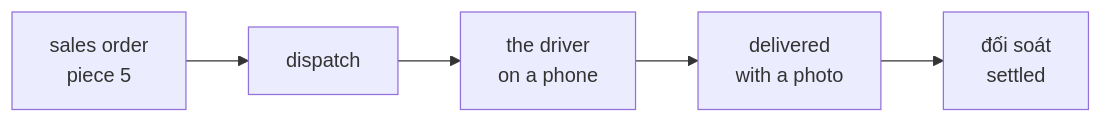
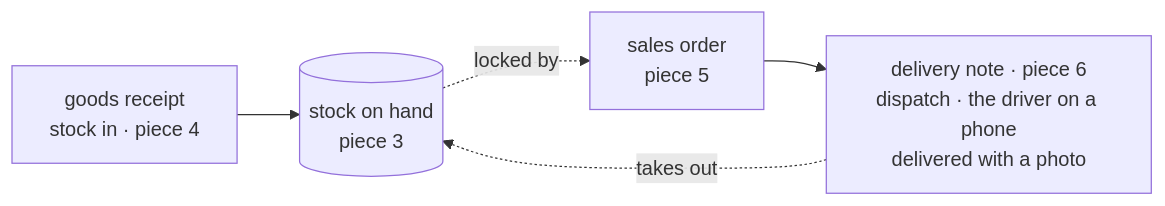
Before and after one commit to ancJ29/credo: the diagram in docs/plans/2026-10-27-big-picture.md, drawn with Mermaid. The commit also changed other lines of this file and 1 other file, not shown here.

````diff
--- a/docs/plans/2026-10-27-big-picture.md
+++ b/docs/plans/2026-10-27-big-picture.md
@@ -17,7 +18,7 @@
 ```mermaid
 flowchart LR
-  order["sales order<br/>piece 5"] --> dispatch["dispatch"]
-  dispatch --> driver["the driver<br/>on a phone"]
-  driver --> delivered["delivered<br/>with a photo"]
-  delivered --> settled["đối soát<br/>settled"]
+  receipt["goods receipt<br/>stock in · piece 4"] --> stock[("stock on hand<br/>piece 3")]
+  stock -. "locked by" .-> order["sales order<br/>piece 5"]
+  order --> note["delivery note · piece 6<br/>dispatch · the driver on a phone<br/>delivered with a photo"]
+  note -. "takes out" .-> stock
 ```
````
